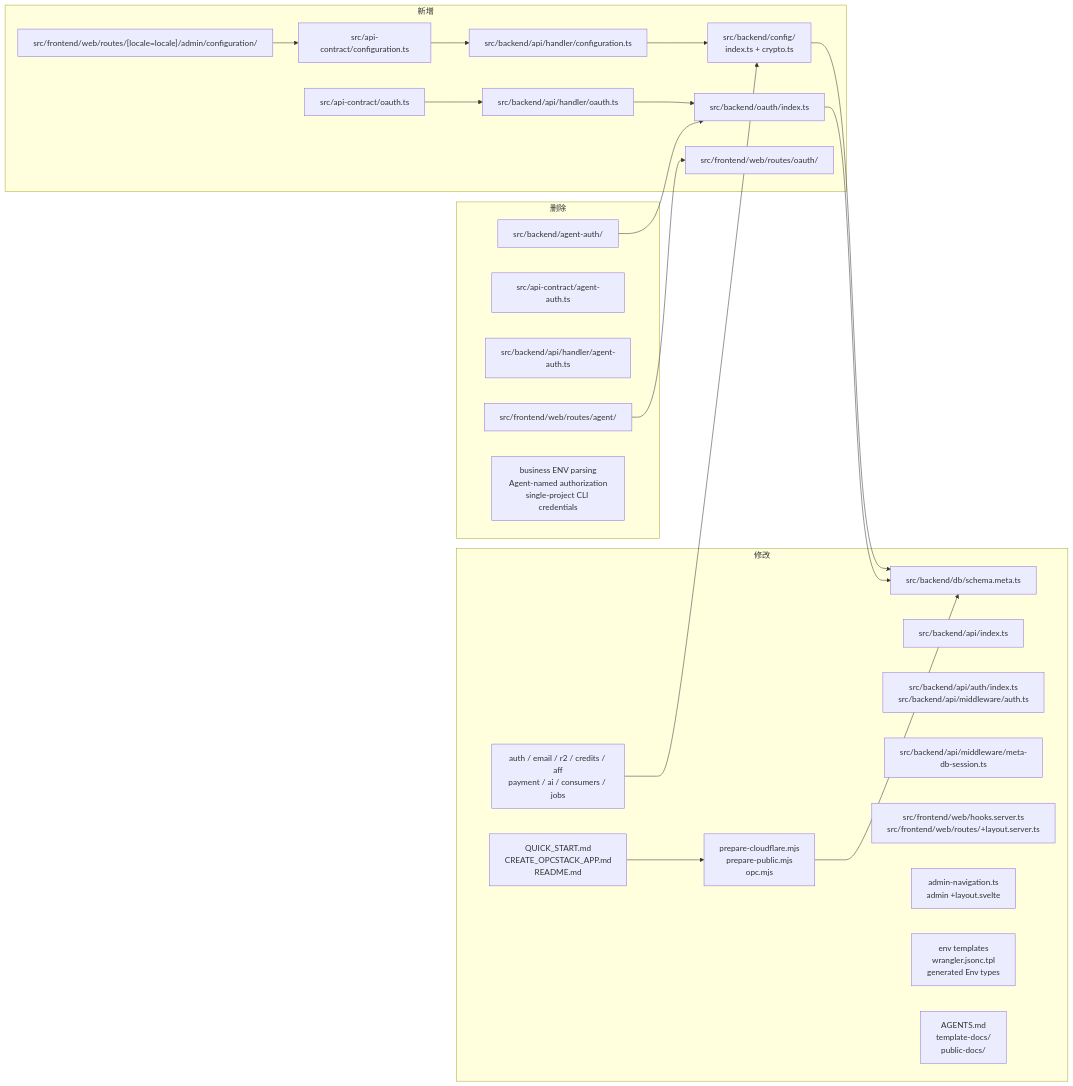
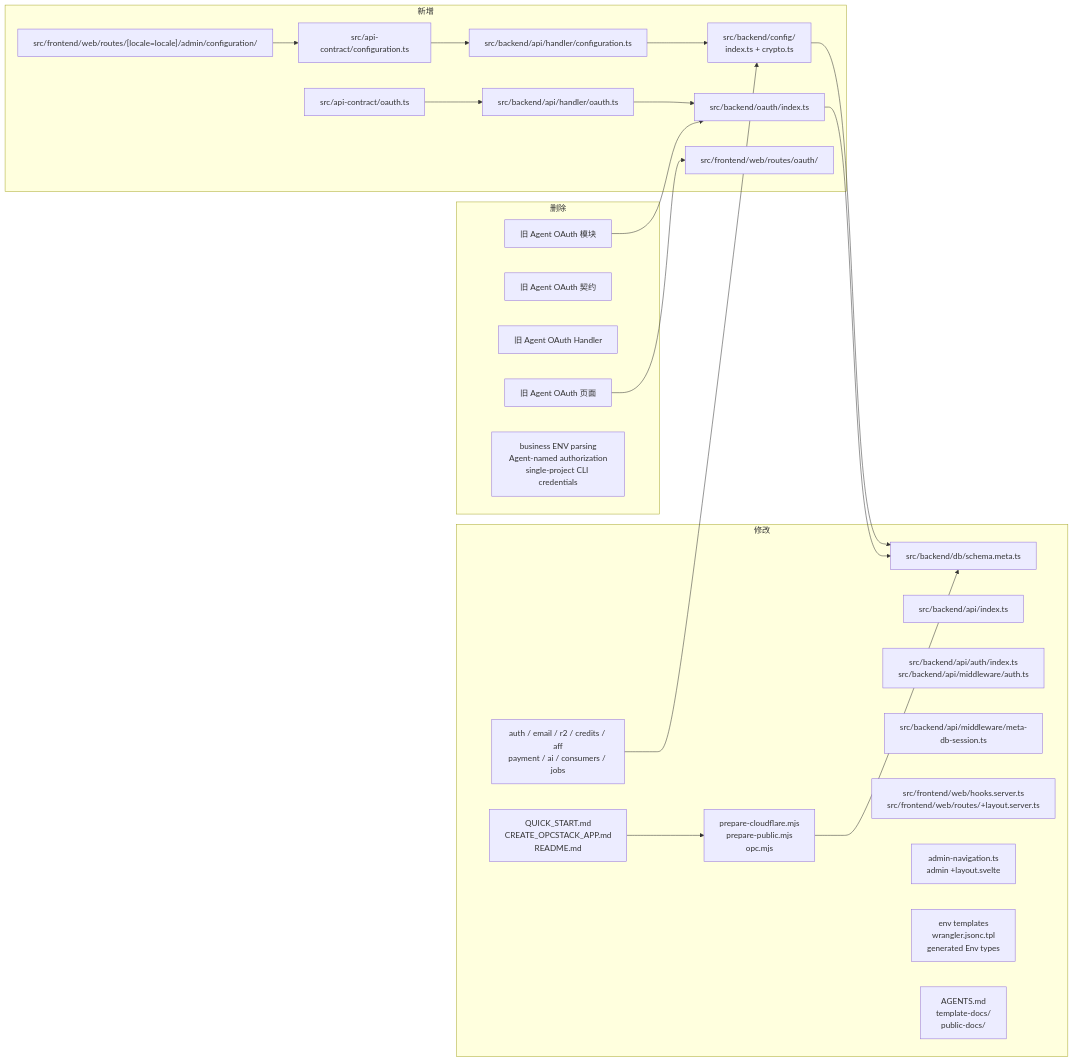
The third of 11 diagrams in docs/v025/tech-design.md (glidea/opcstack), drawn with Mermaid before and after one commit. The commit also changed other lines of this file and 38 other files, not shown here.

Commit message:
feat(auth): replace agent access with scoped OAuth

````diff
--- a/docs/v025/tech-design.md
+++ b/docs/v025/tech-design.md
@@ -1119,48 +1119,48 @@
 ```mermaid
 flowchart LR
   subgraph New["新增"]
     ConfigModule["src/backend/config/<br/>index.ts + crypto.ts"]
     ConfigContract["src/api-contract/configuration.ts"]
     ConfigHandler["src/backend/api/handler/configuration.ts"]
     ConfigPages["src/frontend/web/routes/[locale=locale]/admin/configuration/"]
     OAuthModule["src/backend/oauth/index.ts"]
     OAuthContract["src/api-contract/oauth.ts"]
     OAuthHandler["src/backend/api/handler/oauth.ts"]
     OAuthPages["src/frontend/web/routes/oauth/"]
   end
 
   subgraph Modify["修改"]
     MetaSchema["src/backend/db/schema.meta.ts"]
     ApiRoutes["src/backend/api/index.ts"]
     Auth["src/backend/api/auth/index.ts<br/>src/backend/api/middleware/auth.ts"]
     MetaSession["src/backend/api/middleware/meta-db-session.ts"]
     WebRuntime["src/frontend/web/hooks.server.ts<br/>src/frontend/web/routes/+layout.server.ts"]
     AdminNav["admin-navigation.ts<br/>admin +layout.svelte"]
     Domains["auth / email / r2 / credits / aff<br/>payment / ai / consumers / jobs"]
     PrepareScripts["prepare-cloudflare.mjs<br/>prepare-public.mjs<br/>opc.mjs"]
     EnvFiles["env templates<br/>wrangler.jsonc.tpl<br/>generated Env types"]
     CreateGuides["QUICK_START.md<br/>CREATE_OPCSTACK_APP.md<br/>README.md"]
     Docs["AGENTS.md<br/>template-docs/<br/>public-docs/"]
   end
 
   subgraph Delete["删除"]
-    AgentModule["src/backend/agent-auth/"]
-    AgentContract["src/api-contract/agent-auth.ts"]
-    AgentHandler["src/backend/api/handler/agent-auth.ts"]
-    AgentPages["src/frontend/web/routes/agent/"]
+    OldOAuthModule["旧 Agent OAuth 模块"]
+    OldOAuthContract["旧 Agent OAuth 契约"]
+    OldOAuthHandler["旧 Agent OAuth Handler"]
+    OldOAuthPages["旧 Agent OAuth 页面"]
     OldConfig["business ENV parsing<br/>Agent-named authorization<br/>single-project CLI credentials"]
   end
 
   ConfigContract --> ConfigHandler
   ConfigHandler --> ConfigModule
   ConfigModule --> MetaSchema
   ConfigPages --> ConfigContract
   OAuthContract --> OAuthHandler
   OAuthHandler --> OAuthModule
   OAuthModule --> MetaSchema
-  AgentModule --> OAuthModule
-  AgentPages --> OAuthPages
+  OldOAuthModule --> OAuthModule
+  OldOAuthPages --> OAuthPages
   Domains --> ConfigModule
   PrepareScripts --> MetaSchema
   CreateGuides --> PrepareScripts
 ```
````
